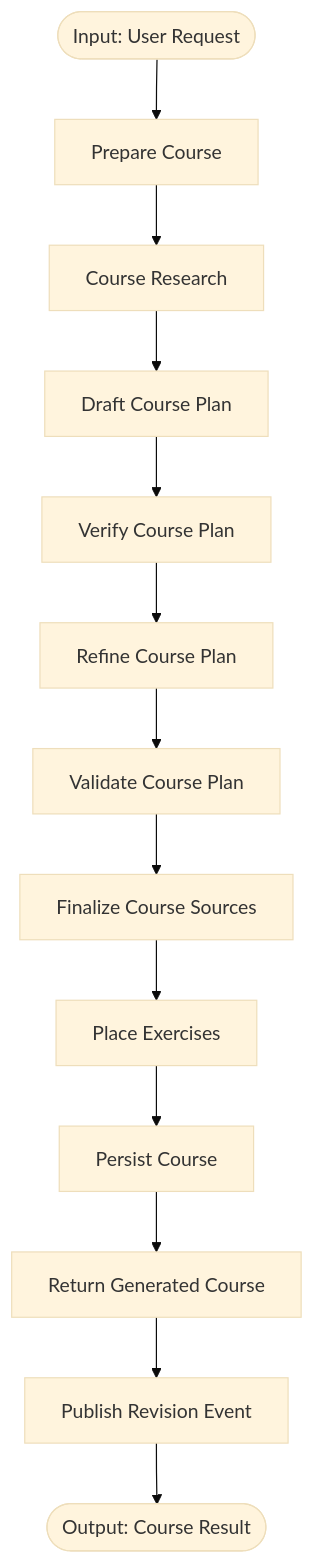
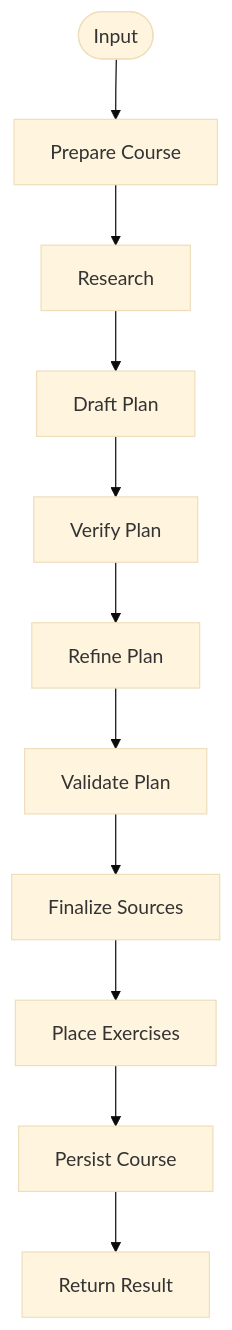
Before and after one commit to immagiov4/Nous: the diagram in .cubic/wiki/03-section-features/01-p-course-gen.md, drawn with Mermaid (base theme). The commit also changed other lines of this file, not shown here.

Commit message:
Update course generation prompt documentation

````diff
--- a/.cubic/wiki/03-section-features/01-p-course-gen.md
+++ b/.cubic/wiki/03-section-features/01-p-course-gen.md
@@ -37,15 +29,13 @@
 ```mermaid
 flowchart TD
-    Start([Input: User Request]) --> Prepare[Prepare Course]
-    Prepare --> Research[Course Research]
-    Research --> Draft[Draft Course Plan]
-    Draft --> Verify[Verify Course Plan]
-    Verify --> Refine[Refine Course Plan]
-    Refine --> Validate[Validate Course Plan]
-    Validate --> SourceFin[Finalize Course Sources]
+    Start([Input]) --> Prepare[Prepare Course]
+    Prepare --> Research[Research]
+    Research --> Draft[Draft Plan]
+    Draft --> Verify[Verify Plan]
+    Verify --> Refine[Refine Plan]
+    Refine --> Validate[Validate Plan]
+    Validate --> SourceFin[Finalize Sources]
     SourceFin --> Exercises[Place Exercises]
     Exercises --> Persist[Persist Course]
-    Persist --> Result[Return Generated Course]
-    Result --> Publish[Publish Revision Event]
-    Publish --> End([Output: Course Result])
+    Persist --> Result[Return Result]
 ```
````
